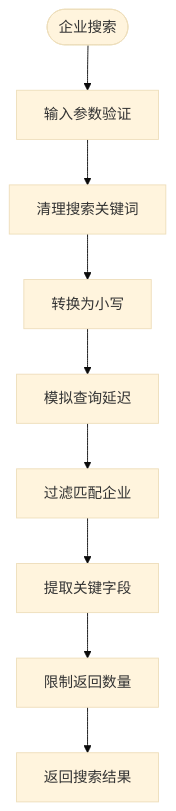
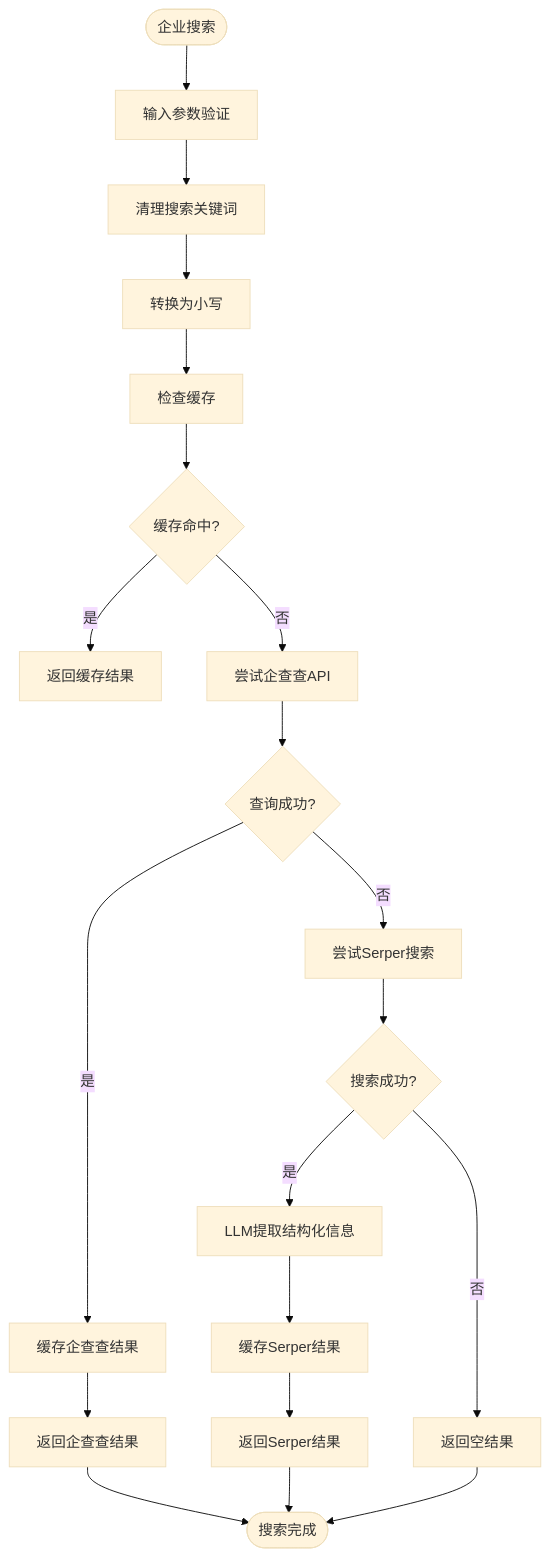
Before and after one commit to xianjianshenqu/SalesFlow-CRM: diagram 15 of 34 in .qoder/repowiki/zh/content/Database Schema.md, drawn with Mermaid (base theme). The commit also changed other lines of this file and 7 other files, not shown here.

````diff
--- a/.qoder/repowiki/zh/content/Database Schema.md
+++ b/.qoder/repowiki/zh/content/Database Schema.md
@@ -740,11 +847,22 @@
 ```mermaid
 flowchart TD
 Search([企业搜索]) --> InputValidation[输入参数验证]
 InputValidation --> TrimKeyword[清理搜索关键词]
 TrimKeyword --> LowercaseKeyword[转换为小写]
-LowercaseKeyword --> SimulateDelay[模拟查询延迟]
-SimulateDelay --> FilterCompanies[过滤匹配企业]
-FilterCompanies --> ExtractFields[提取关键字段]
-ExtractFields --> LimitResults[限制返回数量]
-LimitResults --> ReturnResults[返回搜索结果]
+LowercaseKeyword --> CheckCache[检查缓存]
+CheckCache --> CacheHit{缓存命中?}
+CacheHit --> |是| ReturnCached[返回缓存结果]
+CacheHit --> |否| TryQCC[尝试企查查API]
+TryQCC --> QCCSuccess{查询成功?}
+QCCSuccess --> |是| CacheQCC[缓存企查查结果]
+QCCSuccess --> |否| TrySerper[尝试Serper搜索]
+TrySerper --> SerperSuccess{搜索成功?}
+SerperSuccess --> |是| ExtractLLM[LLM提取结构化信息]
+ExtractLLM --> CacheSerper[缓存Serper结果]
+SerperSuccess --> |否| ReturnEmpty[返回空结果]
+CacheQCC --> ReturnQCC[返回企查查结果]
+CacheSerper --> ReturnSerper[返回Serper结果]
+ReturnEmpty --> End([搜索完成])
+ReturnQCC --> End
+ReturnSerper --> End
 ```
````
